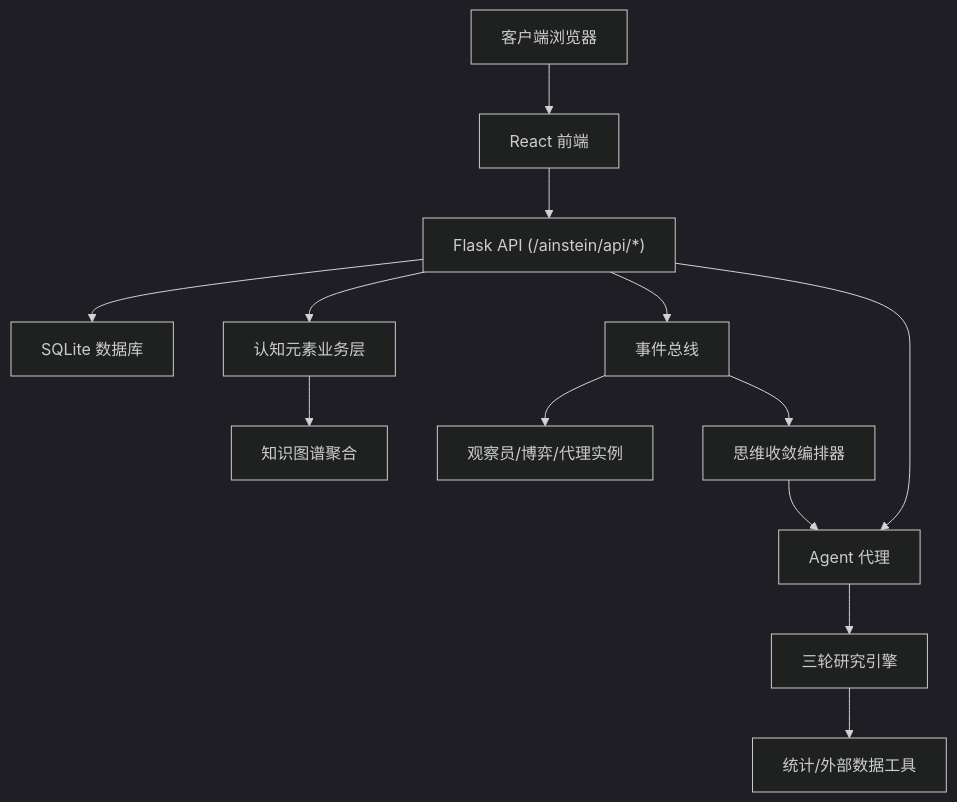
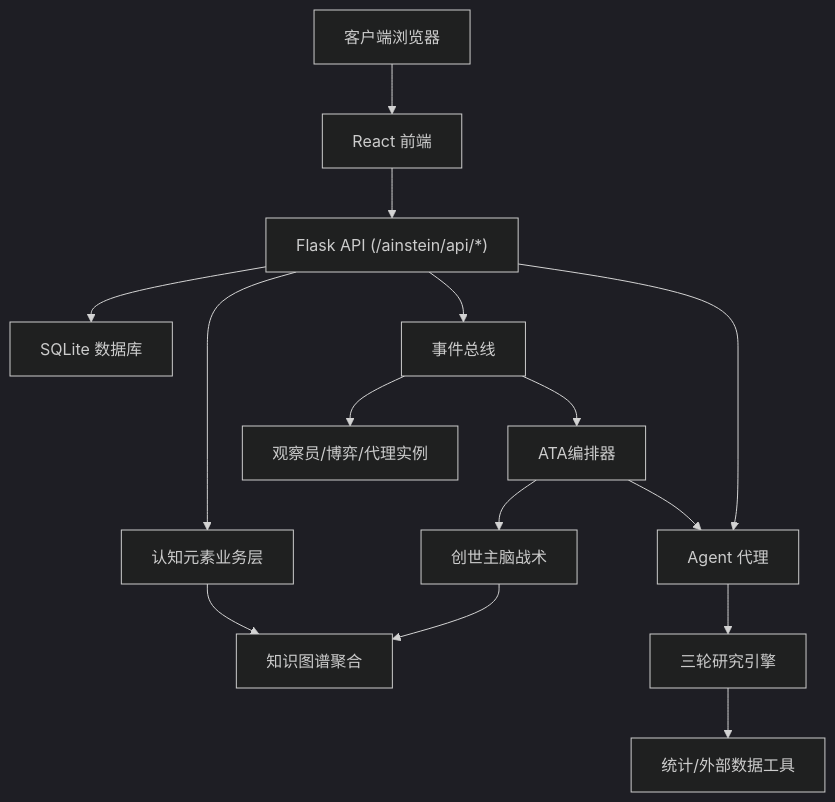
Before and after one commit to GDY-ai/AInstein: the second of 11 diagrams in .qoder/repowiki/zh/content/系统架构/硅基大脑蓝图/硅基大脑蓝图.md, drawn with Mermaid (dark theme). The commit also changed other lines of this file and 90 other files, not shown here.

````diff
--- a/.qoder/repowiki/zh/content/系统架构/硅基大脑蓝图/硅基大脑蓝图.md
+++ b/.qoder/repowiki/zh/content/系统架构/硅基大脑蓝图/硅基大脑蓝图.md
@@ -149,15 +173,17 @@
 ```mermaid
 graph TB
 Client["客户端浏览器"] --> FE["React 前端"]
 FE --> API["Flask API (/ainstein/api/*)"]
 API --> DB["SQLite 数据库"]
 API --> Cog["认知元素业务层"]
 API --> Bus["事件总线"]
 API --> Agents["Agent 代理"]
 Agents --> Eng["三轮研究引擎"]
 Eng --> Tools["统计/外部数据工具"]
 Cog --> Graph["知识图谱聚合"]
 Bus --> Observers["观察员/博弈/代理实例"]
-Bus --> Orchestrator["思维收敛编排器"]
-Orchestrator --> Agents
+Bus --> ATA["ATA编排器"]
+ATA --> MasterBrain["创世主脑战术"]
+ATA --> Agents
+MasterBrain --> Graph
 ```
````
